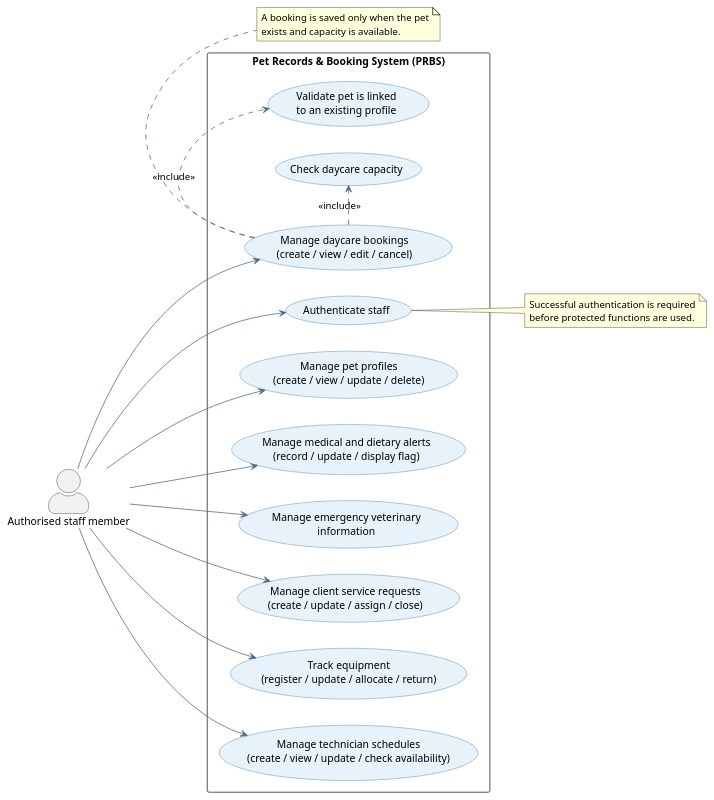
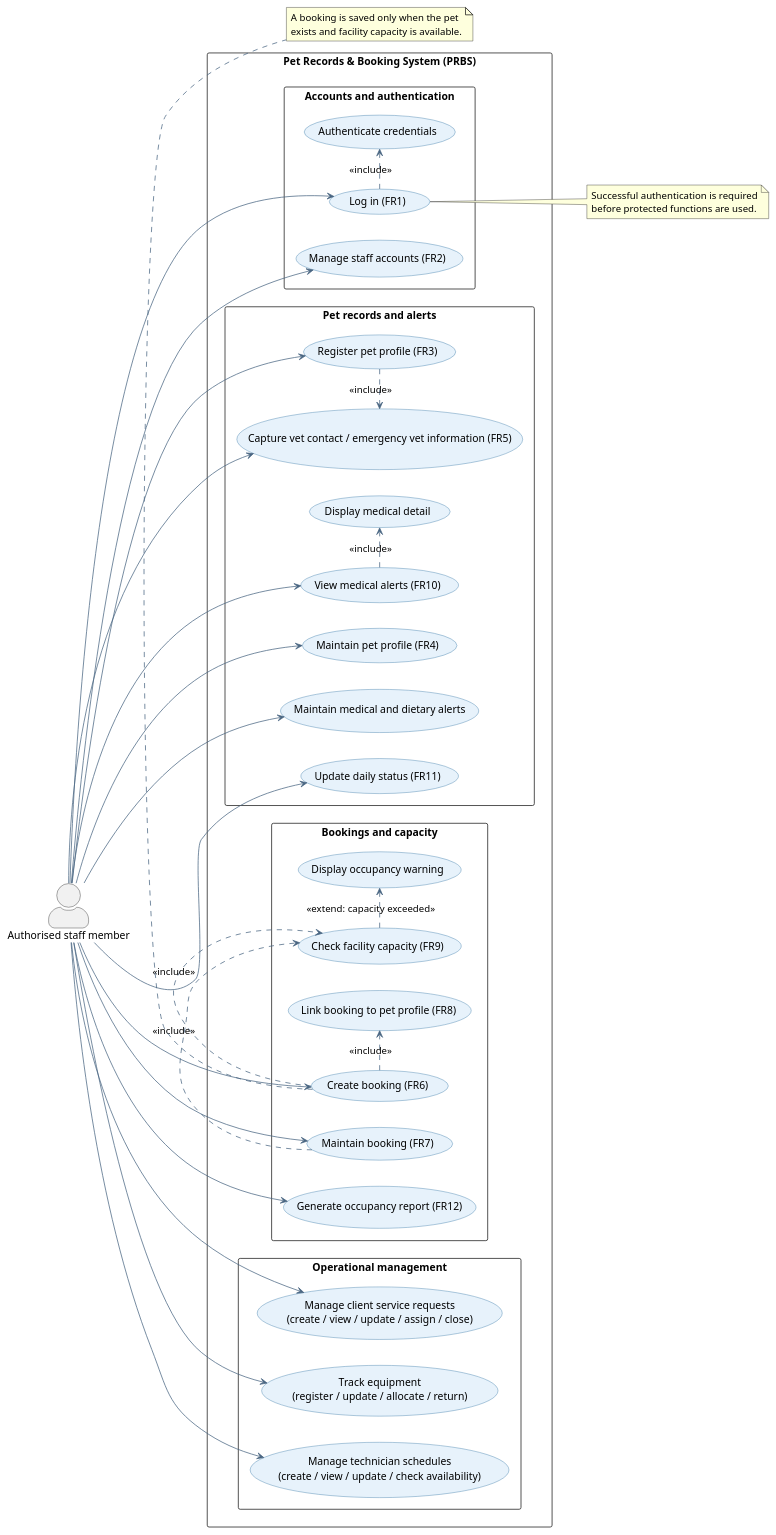
The diagram in docs/prbs-use-case.puml (kk4m0/my_builds), drawn with PlantUML before and after one commit. The commit also changed 2 other files, not shown here.

Commit message:
Combine reference use case with PRBS diagrams

```diff
--- a/docs/prbs-use-case.puml
+++ b/docs/prbs-use-case.puml
@@ -1,48 +1,79 @@
 @startuml PRBS-Use-Case
 left to right direction
 skinparam packageStyle rectangle
 skinparam shadowing false
 skinparam actorStyle awesome
 skinparam usecase {
   BackgroundColor #E7F2FB
   BorderColor #2B6F9F
   ArrowColor #486581
 }
 
 actor "Authorised staff member" as Staff
 
 rectangle "Pet Records & Booking System (PRBS)" {
-  usecase "Authenticate staff" as UC_Login
-  usecase "Manage pet profiles\n(create / view / update / delete)" as UC_PetProfiles
-  usecase "Manage medical and dietary alerts\n(record / update / display flag)" as UC_Alerts
-  usecase "Manage emergency veterinary\ninformation" as UC_VetInfo
-  usecase "Manage daycare bookings\n(create / view / edit / cancel)" as UC_Bookings
-  usecase "Validate pet is linked\nto an existing profile" as UC_LinkPet
-  usecase "Check daycare capacity" as UC_Capacity
-  usecase "Manage client service requests\n(create / update / assign / close)" as UC_Requests
-  usecase "Track equipment\n(register / update / allocate / return)" as UC_Equipment
-  usecase "Manage technician schedules\n(create / view / update / check availability)" as UC_Schedules
+  package "Accounts and authentication" {
+    usecase "Log in (FR1)" as UC_Login
+    usecase "Authenticate credentials" as UC_Credentials
+    usecase "Manage staff accounts (FR2)" as UC_StaffAccounts
+  }
+
+  package "Pet records and alerts" {
+    usecase "Register pet profile (FR3)" as UC_RegisterPet
+    usecase "Maintain pet profile (FR4)" as UC_MaintainPet
+    usecase "Capture vet contact / emergency vet information (FR5)" as UC_VetContact
+    usecase "Maintain medical and dietary alerts" as UC_MaintainAlerts
+    usecase "View medical alerts (FR10)" as UC_ViewAlerts
+    usecase "Display medical detail" as UC_MedicalDetail
+    usecase "Update daily status (FR11)" as UC_DailyStatus
+  }
+
+  package "Bookings and capacity" {
+    usecase "Create booking (FR6)" as UC_CreateBooking
+    usecase "Maintain booking (FR7)" as UC_MaintainBooking
+    usecase "Link booking to pet profile (FR8)" as UC_LinkPet
+    usecase "Check facility capacity (FR9)" as UC_Capacity
+    usecase "Display occupancy warning" as UC_OccupancyWarning
+    usecase "Generate occupancy report (FR12)" as UC_OccupancyReport
+  }
+
+  package "Operational management" {
+    usecase "Manage client service requests\n(create / view / update / assign / close)" as UC_Requests
+    usecase "Track equipment\n(register / update / allocate / return)" as UC_Equipment
+    usecase "Manage technician schedules\n(create / view / update / check availability)" as UC_Schedules
+  }
 }
 
 Staff --> UC_Login
-Staff --> UC_PetProfiles
-Staff --> UC_Alerts
-Staff --> UC_VetInfo
-Staff --> UC_Bookings
+Staff --> UC_StaffAccounts
+Staff --> UC_RegisterPet
+Staff --> UC_MaintainPet
+Staff --> UC_VetContact
+Staff --> UC_MaintainAlerts
+Staff --> UC_ViewAlerts
+Staff --> UC_DailyStatus
+Staff --> UC_CreateBooking
+Staff --> UC_MaintainBooking
+Staff --> UC_OccupancyReport
 Staff --> UC_Requests
 Staff --> UC_Equipment
 Staff --> UC_Schedules
 
-UC_Bookings .> UC_LinkPet : <<include>>
-UC_Bookings .> UC_Capacity : <<include>>
+UC_Login .> UC_Credentials : <<include>>
+UC_RegisterPet .> UC_VetContact : <<include>>
+UC_CreateBooking .> UC_LinkPet : <<include>>
+UC_CreateBooking .> UC_Capacity : <<include>>
+UC_MaintainBooking .> UC_Capacity : <<include>>
+UC_Capacity .> UC_OccupancyWarning : <<extend: capacity exceeded>>
+UC_ViewAlerts .> UC_MedicalDetail : <<include>>
 
 note right of UC_Login
 Successful authentication is required
 before protected functions are used.
 end note
 
-note bottom of UC_Bookings
+note bottom of UC_CreateBooking
 A booking is saved only when the pet
-exists and capacity is available.
+exists and facility capacity is available.
 end note
 @enduml
```
